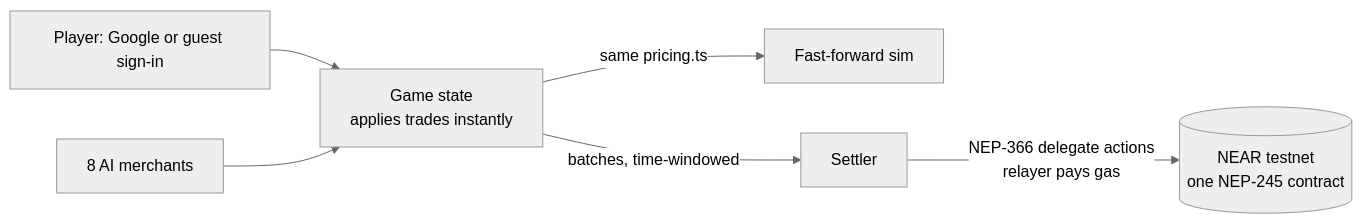
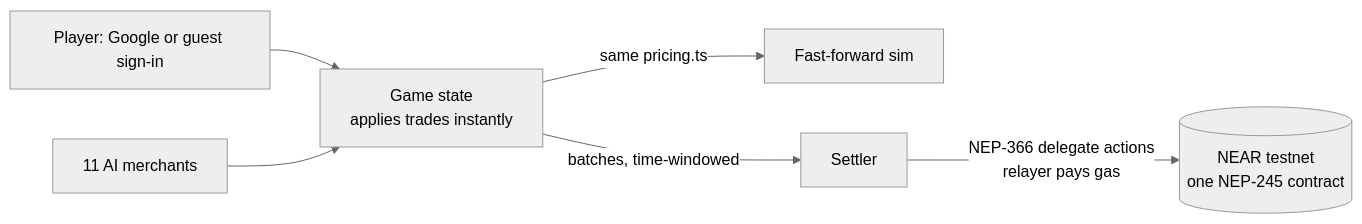
The diagram in README.md (EmekaManuel/nims), drawn with Mermaid (neutral theme) before and after one commit. The commit also changed other lines of this file and 3 other files, not shown here.

````diff
--- a/README.md
+++ b/README.md
@@ -192,8 +192,8 @@
 ```mermaid
 flowchart LR
   P[Player: Google or guest sign-in] --> G[Game state<br/>applies trades instantly]
-  A[8 AI merchants] --> G
+  A[11 AI merchants] --> G
   G -->|same pricing.ts| F[Fast-forward sim]
   G -->|batches, time-windowed| S[Settler]
   S -->|NEP-366 delegate actions<br/>relayer pays gas| N[(NEAR testnet<br/>one NEP-245 contract)]
 ```
````
